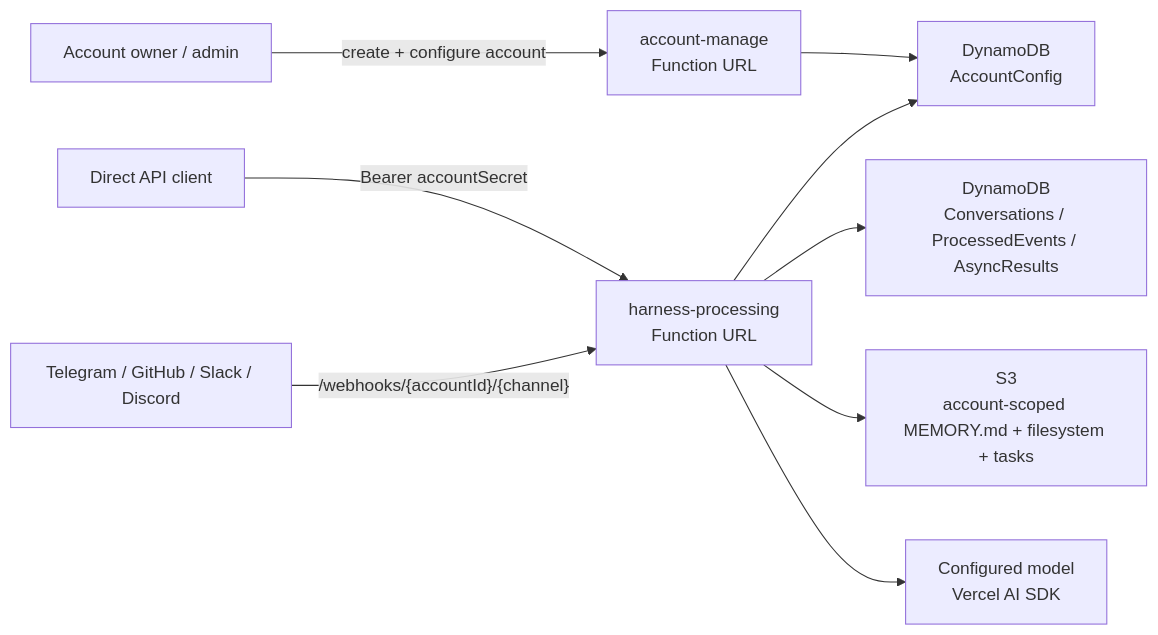
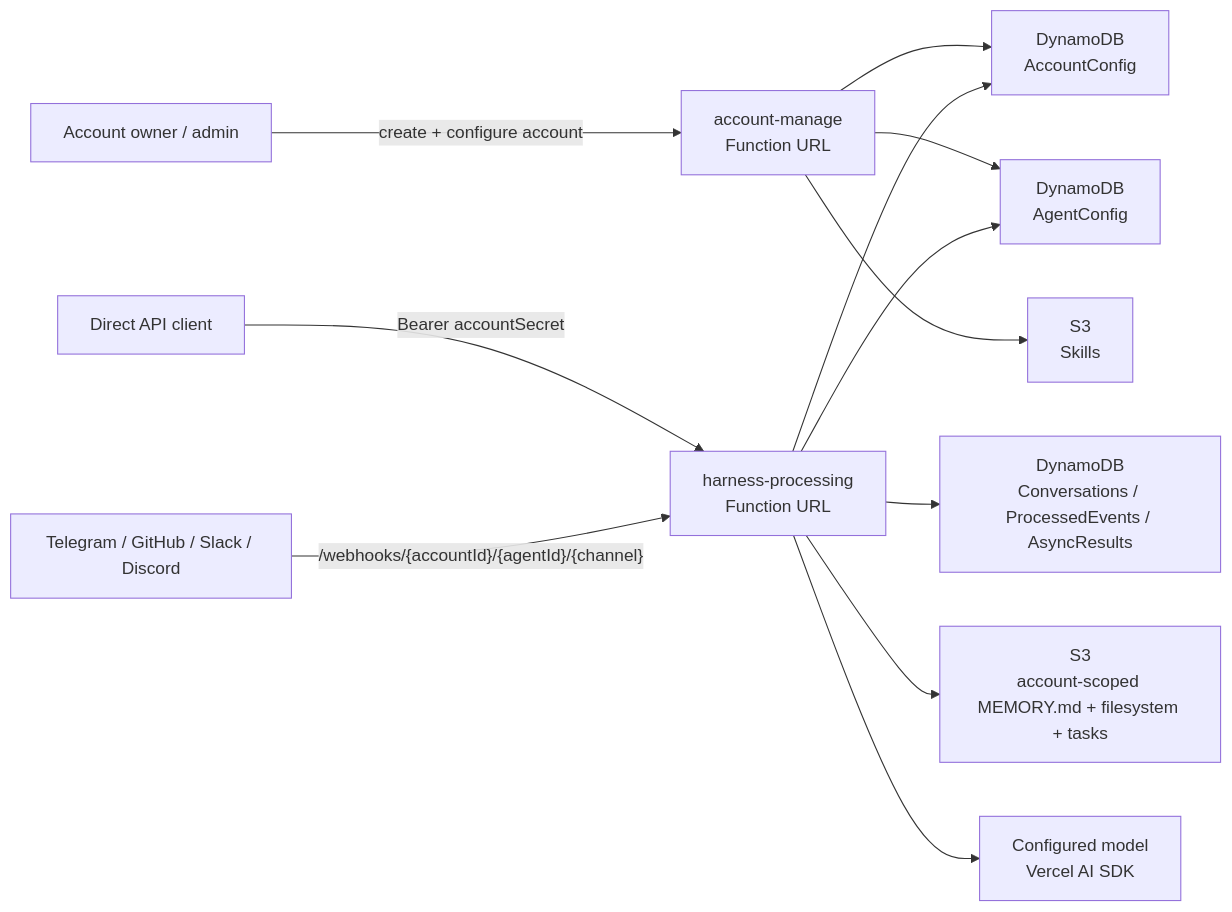
One commit to beeblastco/broods changed the diagram in README.md. Above: the diagram before and after it, drawn with Mermaid. The commit also changed other lines of this file and 36 other files, not shown here.

First line of the commit message:
feat: add account-scoped agents and skills

````diff
--- a/README.md
+++ b/README.md
@@ -27,12 +27,15 @@
 ```mermaid
 flowchart LR
   Admin["Account owner / admin"] -->|"create + configure account"| Manage["account-manage<br/>Function URL"]
   Client["Direct API client"] -->|"Bearer accountSecret"| Harness["harness-processing<br/>Function URL"]
-  Provider["Telegram / GitHub / Slack / Discord"] -->|"/webhooks/{accountId}/{channel}"| Harness
+  Provider["Telegram / GitHub / Slack / Discord"] -->|"/webhooks/{accountId}/{agentId}/{channel}"| Harness
 
   Manage --> Accounts["DynamoDB<br/>AccountConfig"]
+  Manage --> Agents["DynamoDB<br/>AgentConfig"]
+  Manage --> Skills["S3<br/>Skills"]
   Harness --> Accounts
+  Harness --> Agents
   Harness --> Conversations["DynamoDB<br/>Conversations / ProcessedEvents / AsyncResults"]
   Harness --> Memory["S3<br/>account-scoped MEMORY.md + filesystem + tasks"]
   Harness --> Model["Configured model<br/>Vercel AI SDK"]
 ```
````
